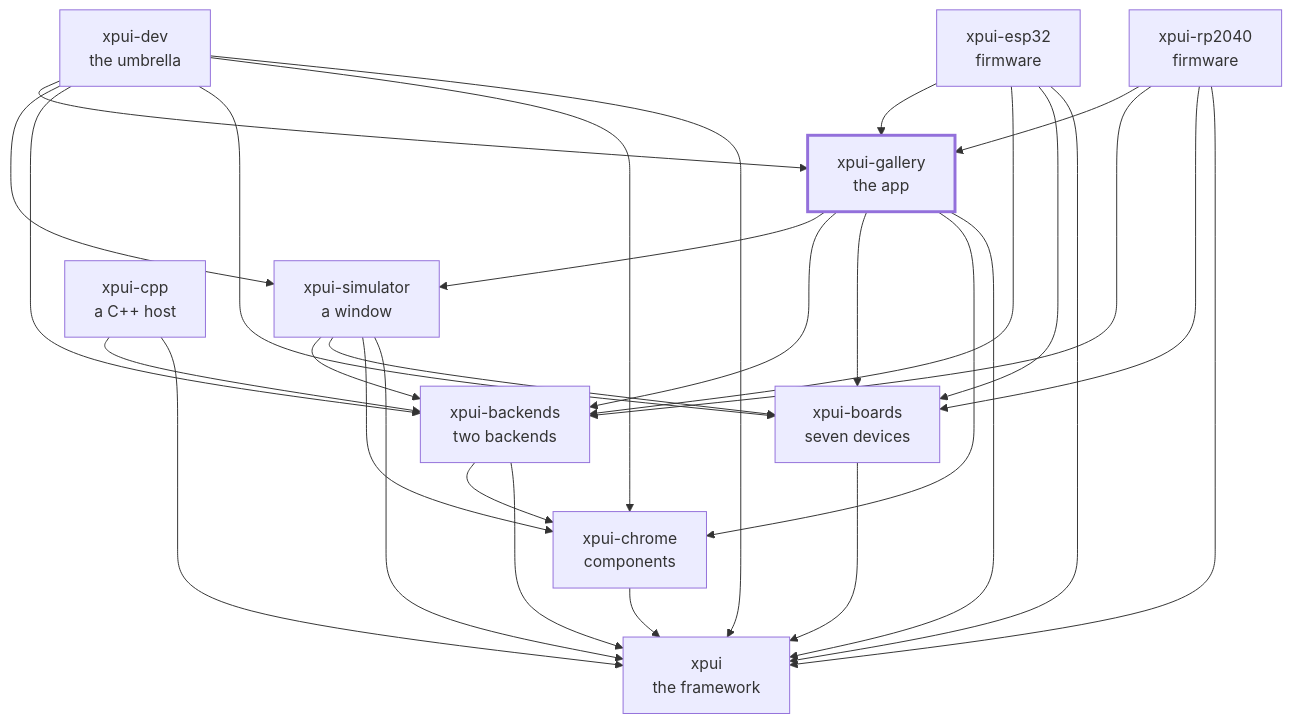
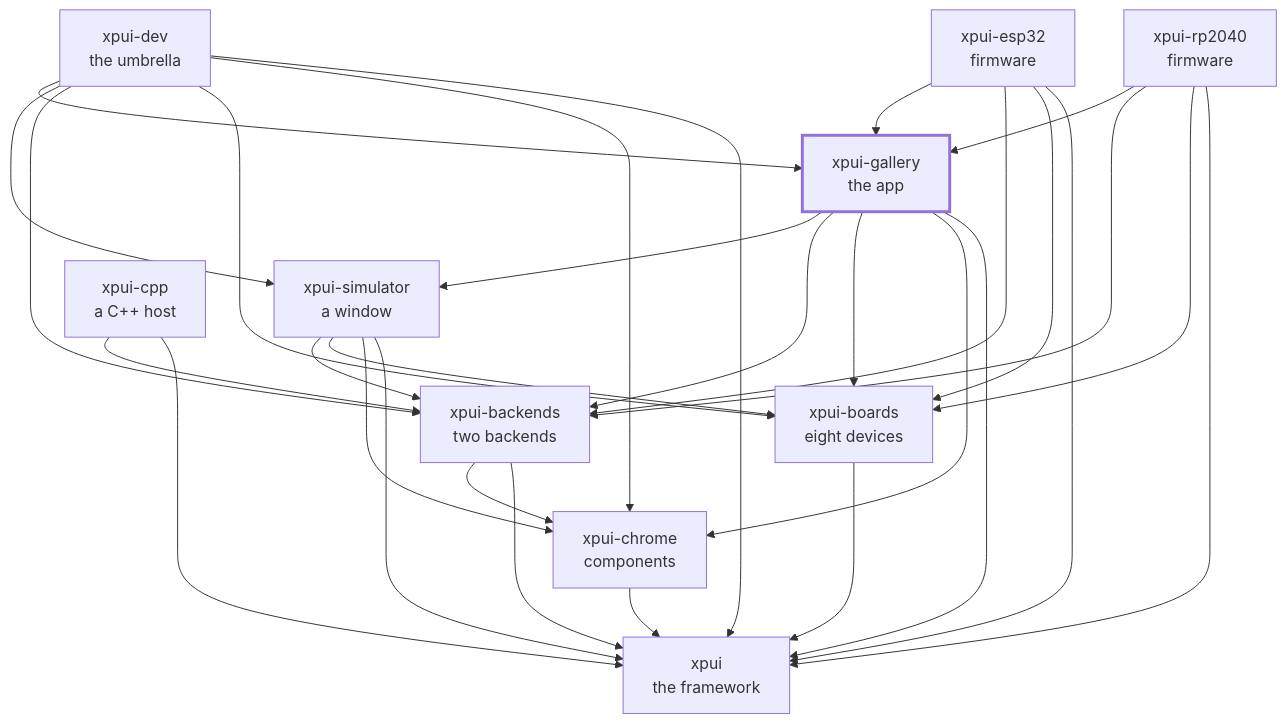
The diagram in README.md (XPUI-Framework/xpui-gallery), drawn with Mermaid before and after one commit. The commit also changed other lines of this file and 27 other files, not shown here.

````diff
--- a/README.md
+++ b/README.md
@@ -97,43 +97,43 @@
 ```mermaid
 flowchart TD
   xpui["xpui<br/>the framework"]
   chrome["xpui-chrome<br/>components"]
-  boards["xpui-boards<br/>seven devices"]
+  boards["xpui-boards<br/>eight devices"]
   backends["xpui-backends<br/>two backends"]
   simulator["xpui-simulator<br/>a window"]
   gallery["xpui-gallery<br/>the app"]
   rp2040["xpui-rp2040<br/>firmware"]
   esp32["xpui-esp32<br/>firmware"]
   cpp["xpui-cpp<br/>a C++ host"]
   dev["xpui-dev<br/>the umbrella"]
   chrome --> xpui
   boards --> xpui
   backends --> xpui
   backends --> chrome
   simulator --> xpui
   simulator --> chrome
   simulator --> boards
   simulator --> backends
   gallery --> xpui
   gallery --> chrome
   gallery --> boards
   gallery --> backends
   gallery --> simulator
   rp2040 --> xpui
   rp2040 --> boards
   rp2040 --> backends
   rp2040 --> gallery
   esp32 --> xpui
   esp32 --> boards
   esp32 --> backends
   esp32 --> gallery
   cpp --> xpui
   cpp --> backends
   dev --> xpui
   dev --> chrome
   dev --> boards
   dev --> backends
   dev --> simulator
   dev --> gallery
   style gallery stroke-width:3px
 ```
````
